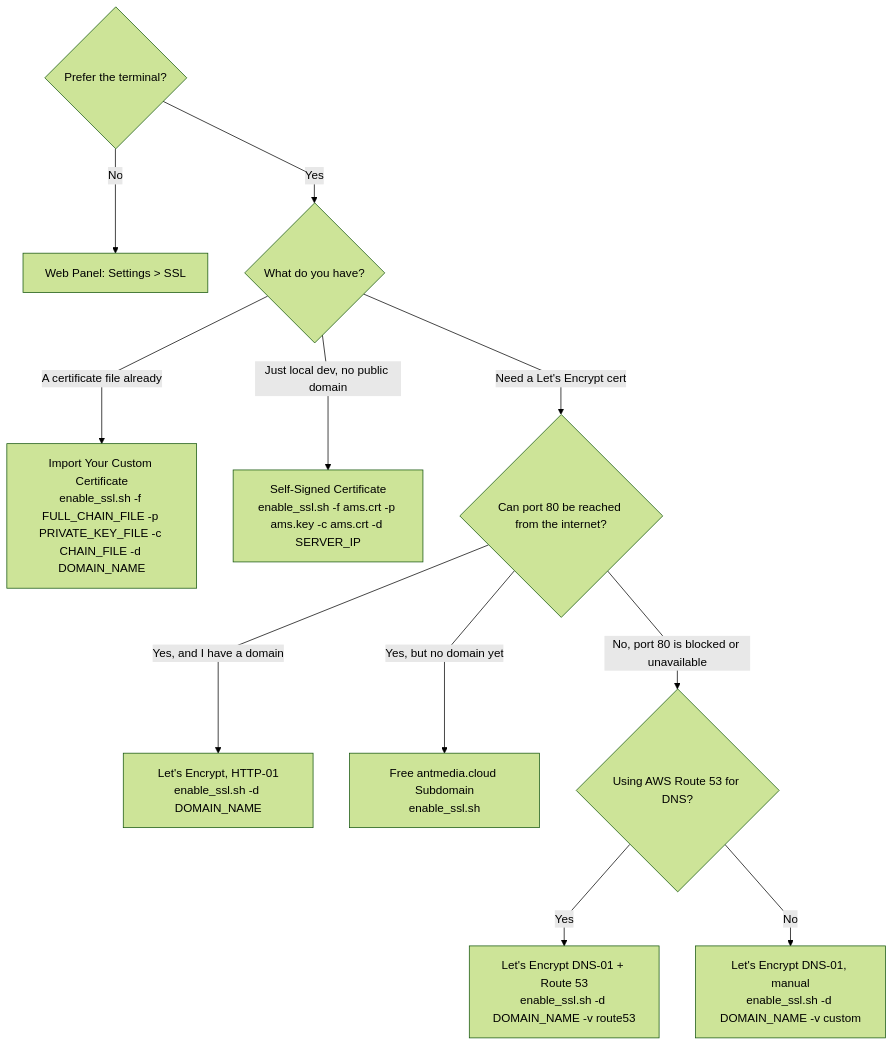
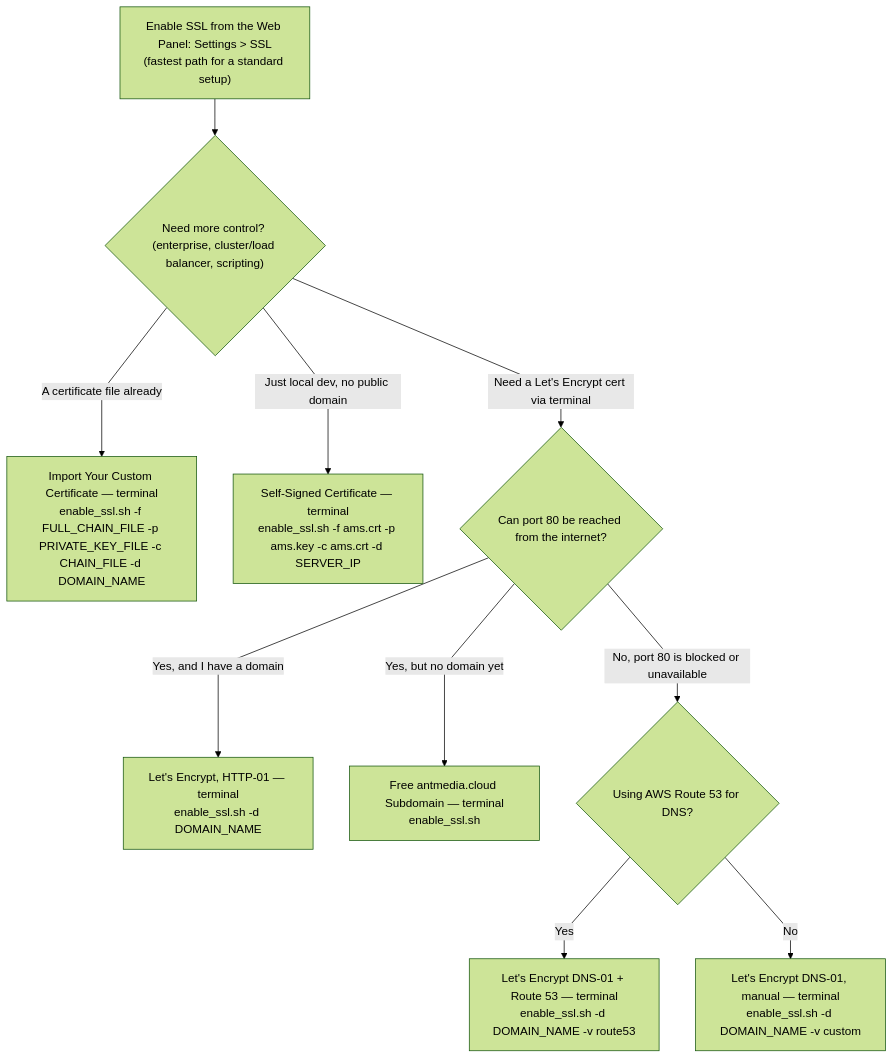
Before and after one commit to ant-media/ant-media-documentation: the diagram in docs/guides/installing-on-linux/setting-up-ssl.md, drawn with Mermaid (forest theme). The commit also changed other lines of this file, not shown here.

Commit message:
SSL page: keep all options, weight toward the Web Panel as default
Replaces the earlier batch-35 attempt, which incorrectly dropped 3 of
the 6 terminal options from the flowchart (import cert, HTTP-01, free
subdomain) on the reasoning that the panel already covers them. Mohit
corrected this: nothing should be removed — the ask was purely to put
more visual/textual weight on the Web Panel as the default path, the
same way Oguz framed it in the review meeting ('give the other options
if you are enterprise, if you are installing with cluster...').

All 6 terminal branches are back (import, self-signed, HTTP-01, free
subdomain, DNS-01 manual, DNS-01 + Route 53). The Web Panel is still
presented first as a statement rather than gated behind a 'prefer
terminal?' coin-flip question, and the branch into the terminal is now
framed around Oguz's actual reasons — enterprise, cluster/load
balancer, scripting/automation — rather than a bare preference.

````diff
--- a/docs/guides/installing-on-linux/setting-up-ssl.md
+++ b/docs/guides/installing-on-linux/setting-up-ssl.md
@@ -14,15 +14,14 @@
 ```mermaid
 %%{init: {'flowchart': {'curve': 'linear'}}}%%
 flowchart TD
-    A{Prefer the terminal?}
-    A -->|No| B["Web Panel: Settings > SSL"]
-    A -->|Yes| C{What do you have?}
-    C -->|A certificate file already| D["Import Your Custom Certificate<br/>enable_ssl.sh -f FULL_CHAIN_FILE -p PRIVATE_KEY_FILE -c CHAIN_FILE -d DOMAIN_NAME"]
-    C -->|Just local dev, no public domain| E["Self-Signed Certificate<br/>enable_ssl.sh -f ams.crt -p ams.key -c ams.crt -d SERVER_IP"]
-    C -->|Need a Let's Encrypt cert| F{Can port 80 be reached from the internet?}
-    F -->|Yes, and I have a domain| G["Let's Encrypt, HTTP-01<br/>enable_ssl.sh -d DOMAIN_NAME"]
-    F -->|Yes, but no domain yet| H["Free antmedia.cloud Subdomain<br/>enable_ssl.sh"]
+    A["Enable SSL from the Web Panel: Settings > SSL<br/>(fastest path for a standard setup)"]
+    A --> B{"Need more control? (enterprise, cluster/load balancer, scripting)"}
+    B -->|A certificate file already| D["Import Your Custom Certificate — terminal<br/>enable_ssl.sh -f FULL_CHAIN_FILE -p PRIVATE_KEY_FILE -c CHAIN_FILE -d DOMAIN_NAME"]
+    B -->|Just local dev, no public domain| E["Self-Signed Certificate — terminal<br/>enable_ssl.sh -f ams.crt -p ams.key -c ams.crt -d SERVER_IP"]
+    B -->|Need a Let's Encrypt cert via terminal| F{Can port 80 be reached from the internet?}
+    F -->|Yes, and I have a domain| G["Let's Encrypt, HTTP-01 — terminal<br/>enable_ssl.sh -d DOMAIN_NAME"]
+    F -->|Yes, but no domain yet| H["Free antmedia.cloud Subdomain — terminal<br/>enable_ssl.sh"]
     F -->|No, port 80 is blocked or unavailable| I{Using AWS Route 53 for DNS?}
-    I -->|Yes| J["Let's Encrypt DNS-01 + Route 53<br/>enable_ssl.sh -d DOMAIN_NAME -v route53"]
-    I -->|No| K["Let's Encrypt DNS-01, manual<br/>enable_ssl.sh -d DOMAIN_NAME -v custom"]
+    I -->|Yes| J["Let's Encrypt DNS-01 + Route 53 — terminal<br/>enable_ssl.sh -d DOMAIN_NAME -v route53"]
+    I -->|No| K["Let's Encrypt DNS-01, manual — terminal<br/>enable_ssl.sh -d DOMAIN_NAME -v custom"]
 ```
````
